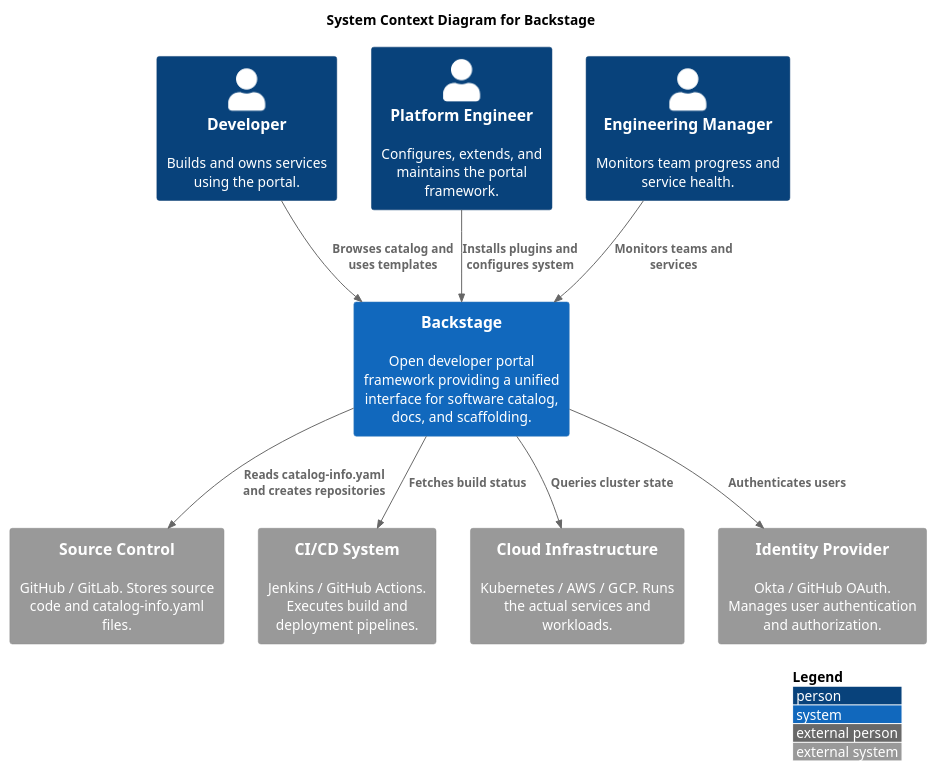
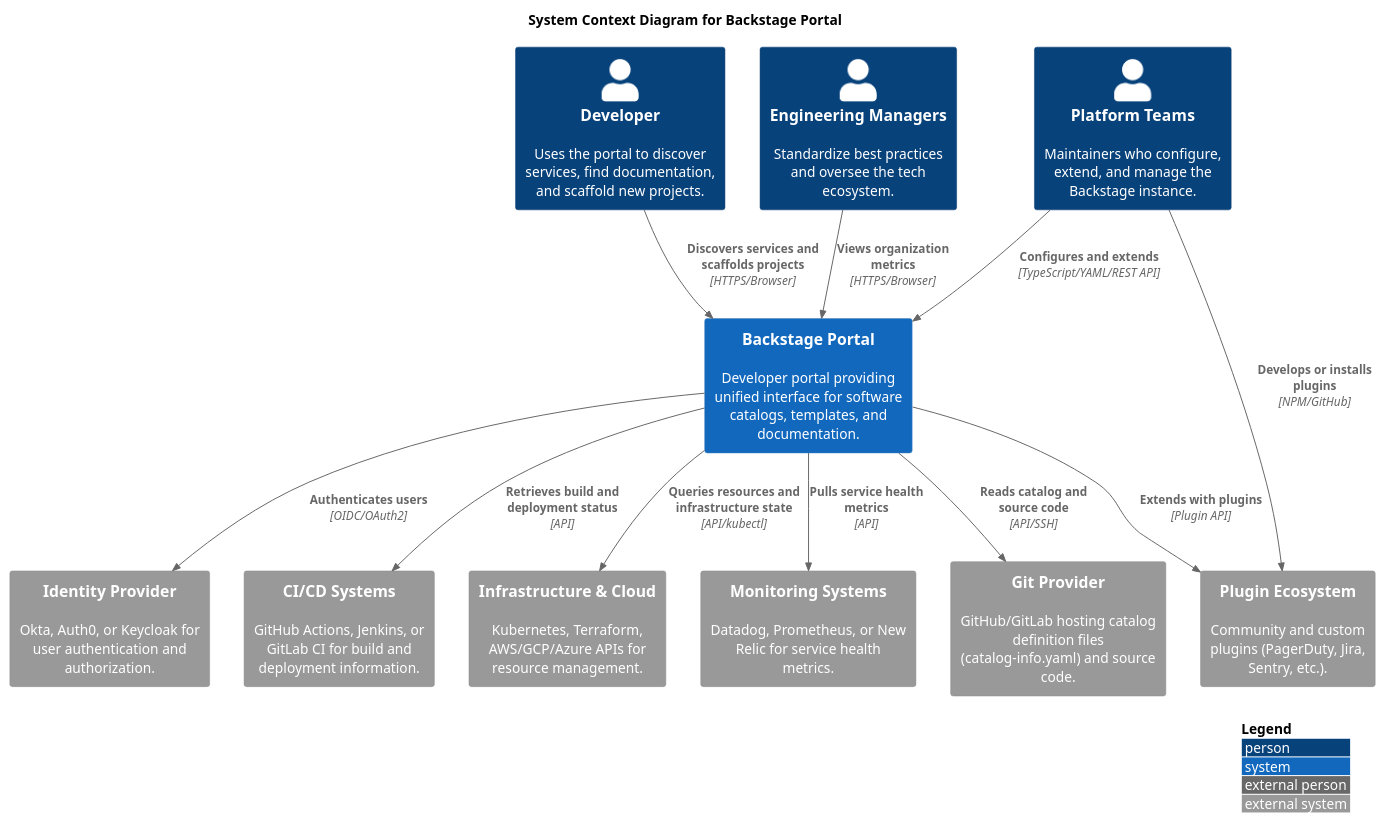
One commit to Group06-SwDA/Project changed the diagram in notes/architecture/diagrams/level-1.puml. Above: the diagram before and after it, drawn with PlantUML. The commit also changed 3 other files, not shown here.

```diff
--- a/notes/architecture/diagrams/level-1.puml
+++ b/notes/architecture/diagrams/level-1.puml
@@ -1,32 +1,32 @@
 @startuml
 !include https://raw.githubusercontent.com/plantuml-stdlib/C4-PlantUML/master/C4_Context.puml
 
 LAYOUT_WITH_LEGEND()
 
-title System Context Diagram for Backstage
+title System Context Diagram for Backstage Portal
 
-' People [cite: 985]
-Person(developer, "Developer", "Builds and owns services using the portal.")
-Person(platform_eng, "Platform Engineer", "Configures, extends, and maintains the portal framework.")
-Person(eng_manager, "Engineering Manager", "Monitors team progress and service health.")
+Person(developer, "Developer", "Uses the portal to discover services, find documentation, and scaffold new projects.")
+Person(platform_team, "Platform Teams", "Maintainers who configure, extend, and manage the Backstage instance.")
+Person(engineering_managers, "Engineering Managers", "Standardize best practices and oversee the tech ecosystem.")
 
-' Software System [cite: 309, 1037]
-System(backstage, "Backstage", "Open developer portal framework providing a unified interface for software catalog, docs, and scaffolding.")
+System(backstage, "Backstage Portal", "Developer portal providing unified interface for software catalogs, templates, and documentation.")
 
-' External Systems [cite: 986]
-System_Ext(source_control, "Source Control", "GitHub / GitLab. Stores source code and catalog-info.yaml files.")
-System_Ext(cicd, "CI/CD System", "Jenkins / GitHub Actions. Executes build and deployment pipelines.")
-System_Ext(cloud_infra, "Cloud Infrastructure", "Kubernetes / AWS / GCP. Runs the actual services and workloads.")
-System_Ext(idp, "Identity Provider", "Okta / GitHub OAuth. Manages user authentication and authorization.")
+System_Ext(git_provider, "Git Provider", "GitHub/GitLab hosting catalog definition files (catalog-info.yaml) and source code.")
+System_Ext(idp, "Identity Provider", "Okta, Auth0, or Keycloak for user authentication and authorization.")
+System_Ext(cicd, "CI/CD Systems", "GitHub Actions, Jenkins, or GitLab CI for build and deployment information.")
+System_Ext(infrastructure, "Infrastructure & Cloud", "Kubernetes, Terraform, AWS/GCP/Azure APIs for resource management.")
+System_Ext(monitoring, "Monitoring Systems", "Datadog, Prometheus, or New Relic for service health metrics.")
+System_Ext(plugin_ecosystem, "Plugin Ecosystem", "Community and custom plugins (PagerDuty, Jira, Sentry, etc.).")
 
-' Relationships [cite: 988, 989]
-Rel(developer, backstage, "Browses catalog and uses templates")
-Rel(platform_eng, backstage, "Installs plugins and configures system")
-Rel(eng_manager, backstage, "Monitors teams and services")
-
-Rel(backstage, source_control, "Reads catalog-info.yaml and creates repositories")
-Rel(backstage, cicd, "Fetches build status")
-Rel(backstage, cloud_infra, "Queries cluster state")
-Rel(backstage, idp, "Authenticates users")
+Rel(developer, backstage, "Discovers services and scaffolds projects", "HTTPS/Browser")
+Rel(platform_team, backstage, "Configures and extends", "TypeScript/YAML/REST API")
+Rel(engineering_managers, backstage, "Views organization metrics", "HTTPS/Browser")
+Rel(backstage, git_provider, "Reads catalog and source code", "API/SSH")
+Rel(backstage, idp, "Authenticates users", "OIDC/OAuth2")
+Rel(backstage, cicd, "Retrieves build and deployment status", "API")
+Rel(backstage, infrastructure, "Queries resources and infrastructure state", "API/kubectl")
+Rel(backstage, monitoring, "Pulls service health metrics", "API")
+Rel(platform_team, plugin_ecosystem, "Develops or installs plugins", "NPM/GitHub")
+Rel(backstage, plugin_ecosystem, "Extends with plugins", "Plugin API")
 
 @enduml
```
